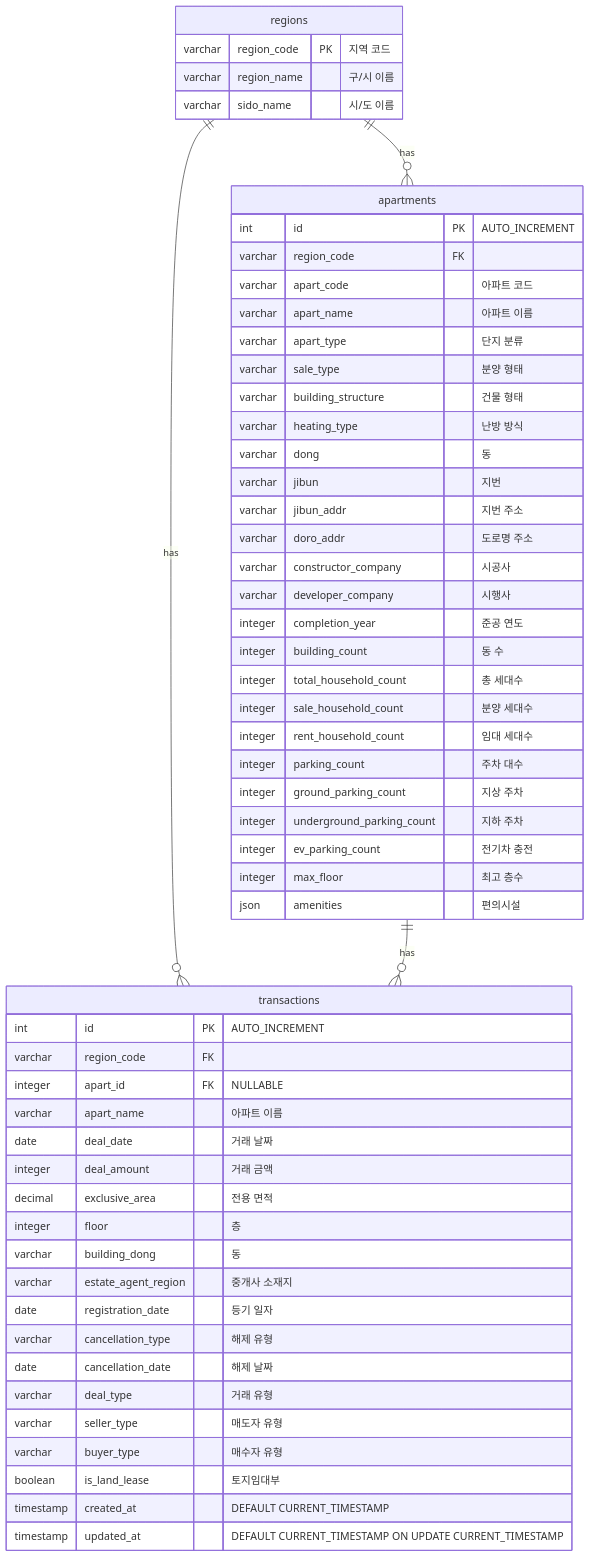
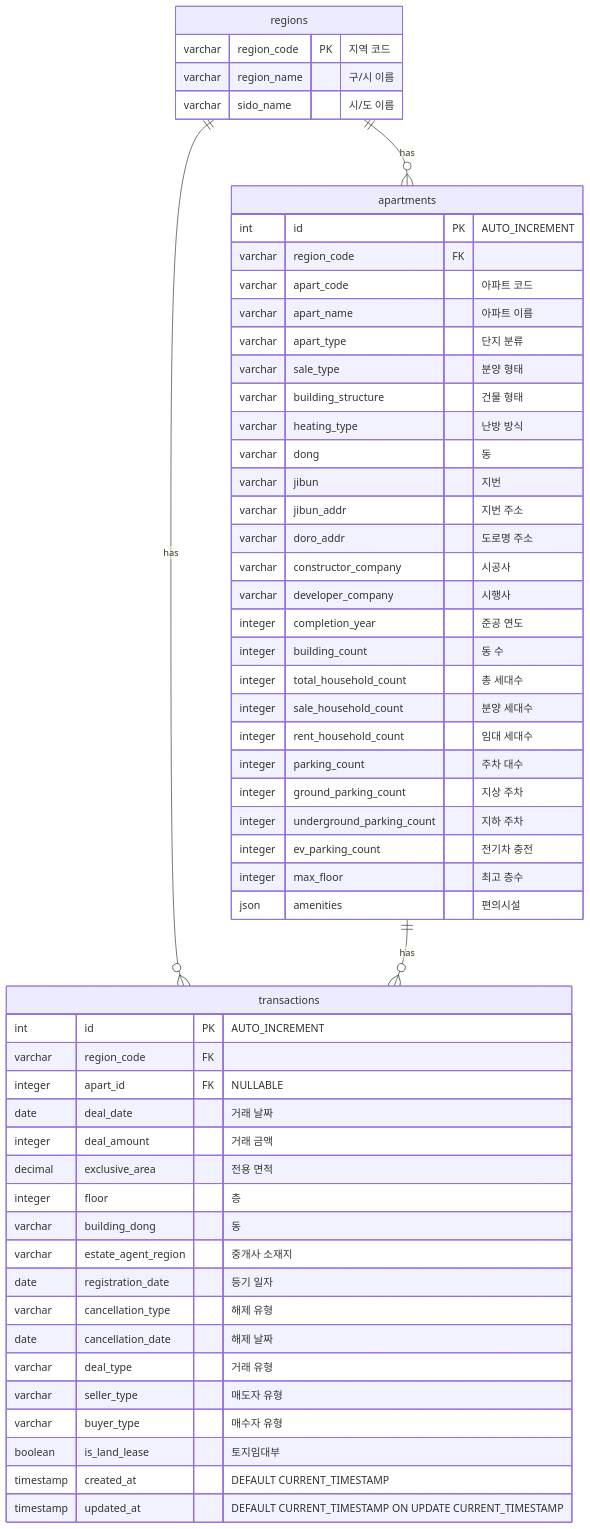
Before and after one commit to polym-team/polymorph-app: the diagram in apps/jibsayo/ERD.md, drawn with Mermaid. The commit also changed other lines of this file, not shown here.

Commit message:
feat: DB 연동 작업중

````diff
--- a/apps/jibsayo/ERD.md
+++ b/apps/jibsayo/ERD.md
@@ -5,62 +5,61 @@
 ```mermaid
 erDiagram
     regions ||--o{ apartments : "has"
     regions ||--o{ transactions : "has"
     apartments ||--o{ transactions : "has"
 
     regions {
         varchar region_code PK "지역 코드"
         varchar region_name "구/시 이름"
         varchar sido_name "시/도 이름"
     }
 
     apartments {
         int id PK "AUTO_INCREMENT"
         varchar region_code FK
         varchar apart_code "아파트 코드"
         varchar apart_name "아파트 이름"
         varchar apart_type "단지 분류"
         varchar sale_type "분양 형태"
         varchar building_structure "건물 형태"
         varchar heating_type "난방 방식"
         varchar dong "동"
         varchar jibun "지번"
         varchar jibun_addr "지번 주소"
         varchar doro_addr "도로명 주소"
         varchar constructor_company "시공사"
         varchar developer_company "시행사"
         integer completion_year "준공 연도"
         integer building_count "동 수"
         integer total_household_count "총 세대수"
         integer sale_household_count "분양 세대수"
         integer rent_household_count "임대 세대수"
         integer parking_count "주차 대수"
         integer ground_parking_count "지상 주차"
         integer underground_parking_count "지하 주차"
         integer ev_parking_count "전기차 충전"
         integer max_floor "최고 층수"
         json amenities "편의시설"
     }
 
     transactions {
         int id PK "AUTO_INCREMENT"
         varchar region_code FK
         integer apart_id FK "NULLABLE"
-        varchar apart_name "아파트 이름"
         date deal_date "거래 날짜"
         integer deal_amount "거래 금액"
         decimal exclusive_area "전용 면적"
         integer floor "층"
         varchar building_dong "동"
         varchar estate_agent_region "중개사 소재지"
         date registration_date "등기 일자"
         varchar cancellation_type "해제 유형"
         date cancellation_date "해제 날짜"
         varchar deal_type "거래 유형"
         varchar seller_type "매도자 유형"
         varchar buyer_type "매수자 유형"
         boolean is_land_lease "토지임대부"
         timestamp created_at "DEFAULT CURRENT_TIMESTAMP"
         timestamp updated_at "DEFAULT CURRENT_TIMESTAMP ON UPDATE CURRENT_TIMESTAMP"
     }
 ```
````
